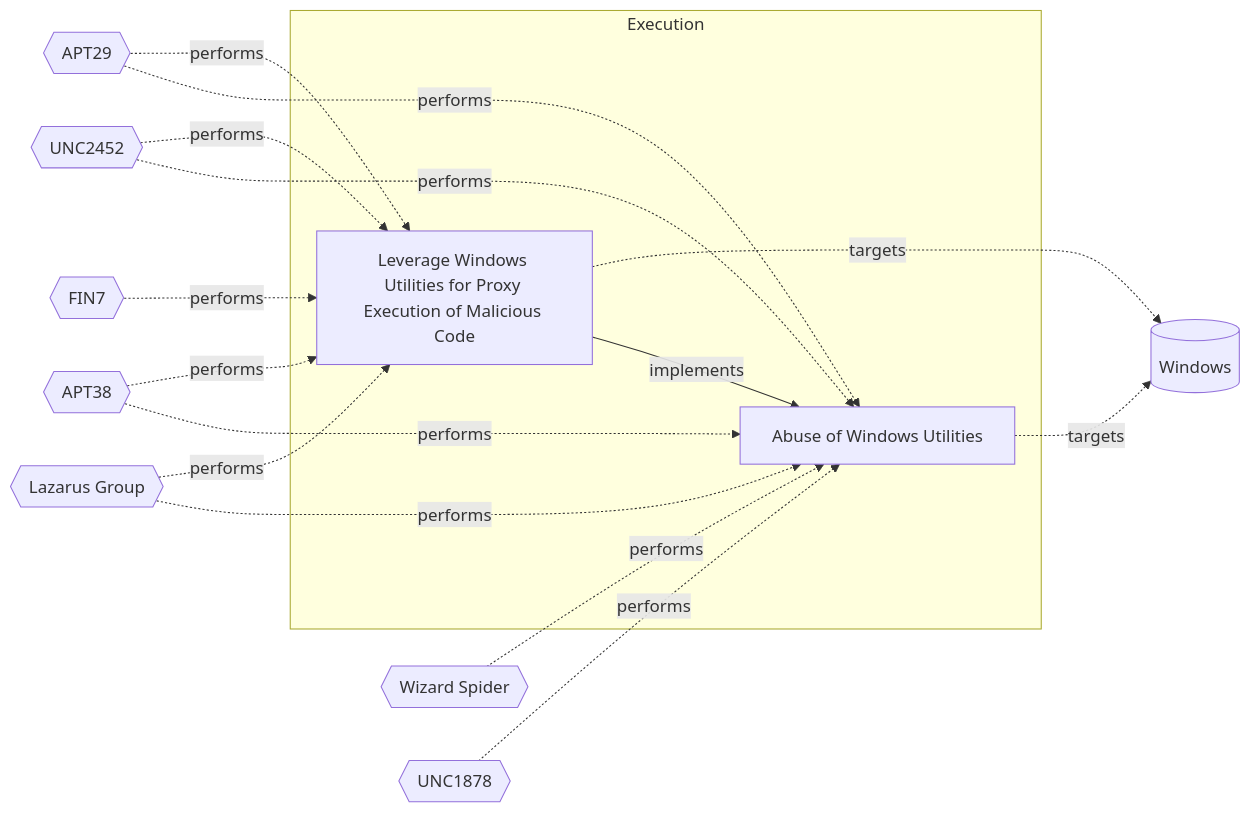
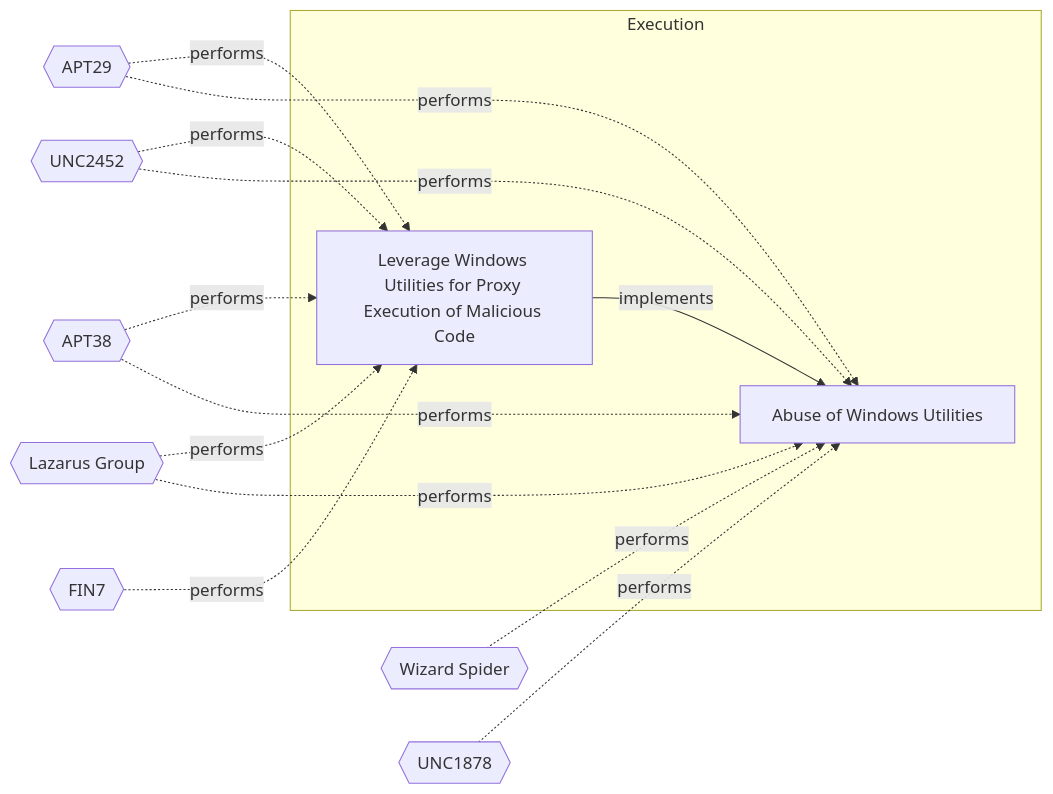
Before and after one commit to OpenTideHQ/WikiTide: the diagram in Models/Threat Vectors/☣️ Leverage Windows Utilities for Proxy Execution of Malicious Code.md, drawn with Mermaid. The commit also changed other lines of this file and 232 other files, not shown here.

````diff
--- a/Models/Threat Vectors/☣️ Leverage Windows Utilities for Proxy Execution of Malicious Code.md
+++ b/Models/Threat Vectors/☣️ Leverage Windows Utilities for Proxy Execution of Malicious Code.md
@@ -141,38 +141,35 @@
 ```mermaid
 
 flowchart LR
 
 426a0ab5-66e7-4149-82b0-6357a1cf4b4b[Leverage Windows Utilities for Proxy Execution of Malicious Code]
 d5039f2c-9fcc-4ba3-ad6a-da8c891ba745[Abuse of Windows Utilities]
 
 subgraph Execution
 426a0ab5-66e7-4149-82b0-6357a1cf4b4b
 d5039f2c-9fcc-4ba3-ad6a-da8c891ba745
 end
 
-Windows[(Windows)]
 APT29{{APT29}}
 UNC2452{{UNC2452}}
 FIN7{{FIN7}}
 APT38{{APT38}}
 LazarusGroup{{Lazarus Group}}
 WizardSpider{{Wizard Spider}}
 UNC1878{{UNC1878}}
 
-426a0ab5-66e7-4149-82b0-6357a1cf4b4b -.->|targets| Windows
-d5039f2c-9fcc-4ba3-ad6a-da8c891ba745 -.->|targets| Windows
 APT29 -.-> |performs| 426a0ab5-66e7-4149-82b0-6357a1cf4b4b
 UNC2452 -.-> |performs| 426a0ab5-66e7-4149-82b0-6357a1cf4b4b
 FIN7 -.-> |performs| 426a0ab5-66e7-4149-82b0-6357a1cf4b4b
 APT38 -.-> |performs| 426a0ab5-66e7-4149-82b0-6357a1cf4b4b
 LazarusGroup -.-> |performs| 426a0ab5-66e7-4149-82b0-6357a1cf4b4b
 APT29 -.-> |performs| d5039f2c-9fcc-4ba3-ad6a-da8c891ba745
 UNC2452 -.-> |performs| d5039f2c-9fcc-4ba3-ad6a-da8c891ba745
 WizardSpider -.-> |performs| d5039f2c-9fcc-4ba3-ad6a-da8c891ba745
 UNC1878 -.-> |performs| d5039f2c-9fcc-4ba3-ad6a-da8c891ba745
 APT38 -.-> |performs| d5039f2c-9fcc-4ba3-ad6a-da8c891ba745
 LazarusGroup -.-> |performs| d5039f2c-9fcc-4ba3-ad6a-da8c891ba745
 
 426a0ab5-66e7-4149-82b0-6357a1cf4b4b -->|implements| d5039f2c-9fcc-4ba3-ad6a-da8c891ba745
 
 ```
````
